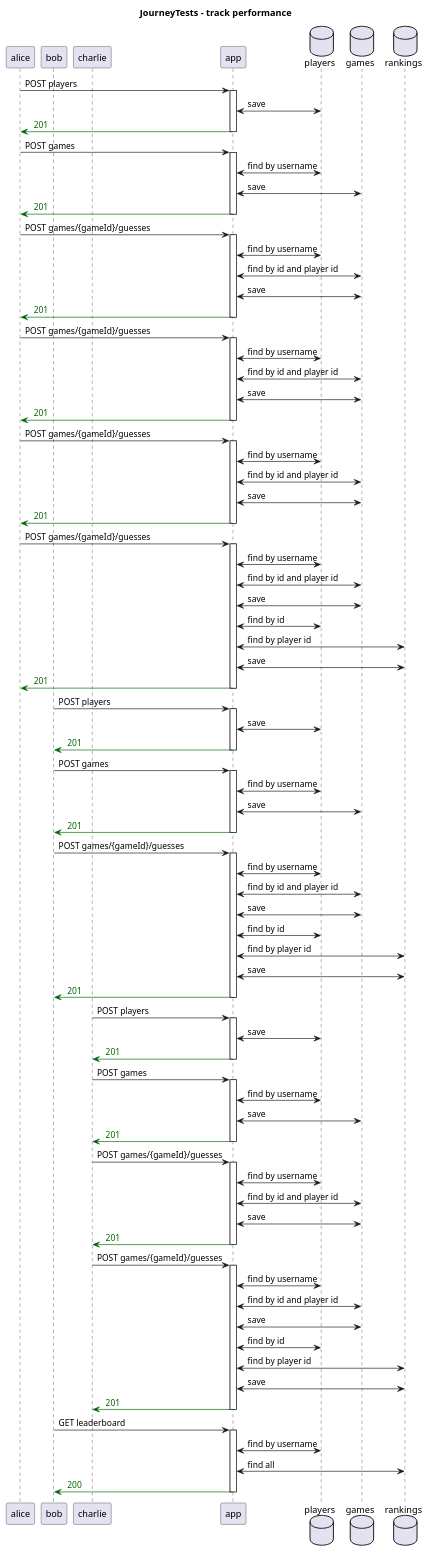
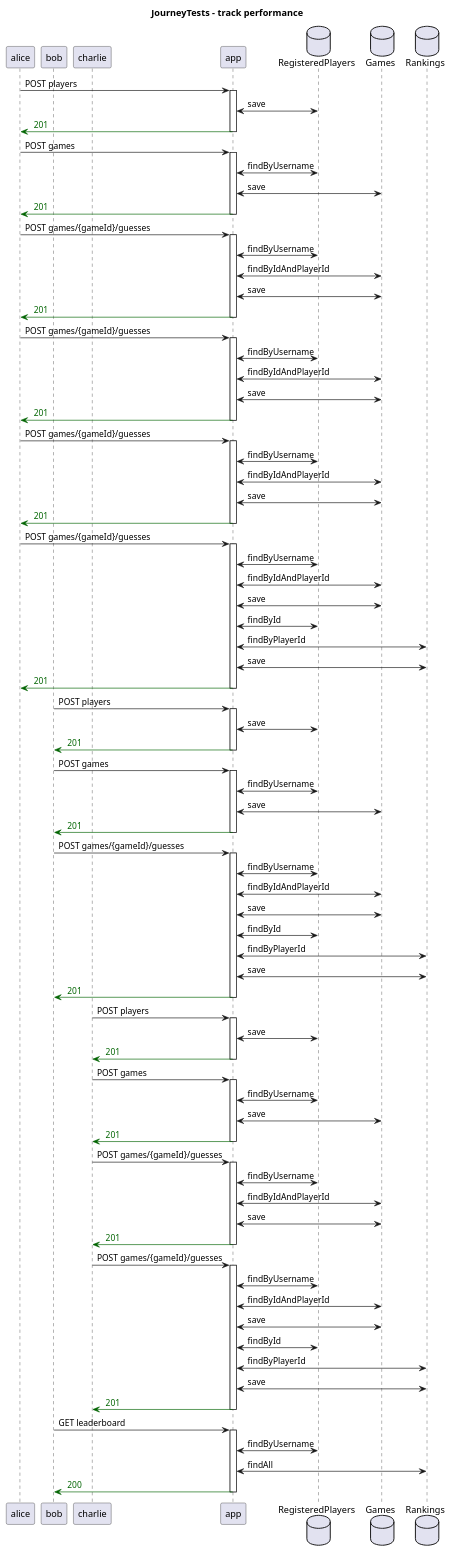
Before and after one commit to th3n3rd/http4k-playground: the diagram in docs/system/generated/JourneyTests - track performance - Sequence.puml, drawn with PlantUML. The commit also changed 15 other files, not shown here.

```diff
--- a/docs/system/generated/JourneyTests - track performance - Sequence.puml
+++ b/docs/system/generated/JourneyTests - track performance - Sequence.puml
@@ -1,107 +1,107 @@
 @startuml
 title JourneyTests - track performance
 participant "alice"
 participant "bob"
 participant "charlie"
 participant "app"
-database "players"
-database "games"
-database "rankings"
+database "RegisteredPlayers"
+database "Games"
+database "Rankings"
 "alice" -> "app": POST players
 activate "app"
-"app" <-> "players": save
+"app" <-> "RegisteredPlayers": save
 "app" -[#DarkGreen]> "alice": <color:DarkGreen> 201 
 deactivate "app"
 "alice" -> "app": POST games
 activate "app"
-"app" <-> "players": find by username
-"app" <-> "games": save
+"app" <-> "RegisteredPlayers": findByUsername
+"app" <-> "Games": save
 "app" -[#DarkGreen]> "alice": <color:DarkGreen> 201 
 deactivate "app"
 "alice" -> "app": POST games/{gameId}/guesses
 activate "app"
-"app" <-> "players": find by username
-"app" <-> "games": find by id and player id
-"app" <-> "games": save
+"app" <-> "RegisteredPlayers": findByUsername
+"app" <-> "Games": findByIdAndPlayerId
+"app" <-> "Games": save
 "app" -[#DarkGreen]> "alice": <color:DarkGreen> 201 
 deactivate "app"
 "alice" -> "app": POST games/{gameId}/guesses
 activate "app"
-"app" <-> "players": find by username
-"app" <-> "games": find by id and player id
-"app" <-> "games": save
+"app" <-> "RegisteredPlayers": findByUsername
+"app" <-> "Games": findByIdAndPlayerId
+"app" <-> "Games": save
 "app" -[#DarkGreen]> "alice": <color:DarkGreen> 201 
 deactivate "app"
 "alice" -> "app": POST games/{gameId}/guesses
 activate "app"
-"app" <-> "players": find by username
-"app" <-> "games": find by id and player id
-"app" <-> "games": save
+"app" <-> "RegisteredPlayers": findByUsername
+"app" <-> "Games": findByIdAndPlayerId
+"app" <-> "Games": save
 "app" -[#DarkGreen]> "alice": <color:DarkGreen> 201 
 deactivate "app"
 "alice" -> "app": POST games/{gameId}/guesses
 activate "app"
-"app" <-> "players": find by username
-"app" <-> "games": find by id and player id
-"app" <-> "games": save
-"app" <-> "players": find by id
-"app" <-> "rankings": find by player id
-"app" <-> "rankings": save
+"app" <-> "RegisteredPlayers": findByUsername
+"app" <-> "Games": findByIdAndPlayerId
+"app" <-> "Games": save
+"app" <-> "RegisteredPlayers": findById
+"app" <-> "Rankings": findByPlayerId
+"app" <-> "Rankings": save
 "app" -[#DarkGreen]> "alice": <color:DarkGreen> 201 
 deactivate "app"
 "bob" -> "app": POST players
 activate "app"
-"app" <-> "players": save
+"app" <-> "RegisteredPlayers": save
 "app" -[#DarkGreen]> "bob": <color:DarkGreen> 201 
 deactivate "app"
 "bob" -> "app": POST games
 activate "app"
-"app" <-> "players": find by username
-"app" <-> "games": save
+"app" <-> "RegisteredPlayers": findByUsername
+"app" <-> "Games": save
 "app" -[#DarkGreen]> "bob": <color:DarkGreen> 201 
 deactivate "app"
 "bob" -> "app": POST games/{gameId}/guesses
 activate "app"
-"app" <-> "players": find by username
-"app" <-> "games": find by id and player id
-"app" <-> "games": save
-"app" <-> "players": find by id
-"app" <-> "rankings": find by player id
-"app" <-> "rankings": save
+"app" <-> "RegisteredPlayers": findByUsername
+"app" <-> "Games": findByIdAndPlayerId
+"app" <-> "Games": save
+"app" <-> "RegisteredPlayers": findById
+"app" <-> "Rankings": findByPlayerId
+"app" <-> "Rankings": save
 "app" -[#DarkGreen]> "bob": <color:DarkGreen> 201 
 deactivate "app"
 "charlie" -> "app": POST players
 activate "app"
-"app" <-> "players": save
+"app" <-> "RegisteredPlayers": save
 "app" -[#DarkGreen]> "charlie": <color:DarkGreen> 201 
 deactivate "app"
 "charlie" -> "app": POST games
 activate "app"
-"app" <-> "players": find by username
-"app" <-> "games": save
+"app" <-> "RegisteredPlayers": findByUsername
+"app" <-> "Games": save
 "app" -[#DarkGreen]> "charlie": <color:DarkGreen> 201 
 deactivate "app"
 "charlie" -> "app": POST games/{gameId}/guesses
 activate "app"
-"app" <-> "players": find by username
-"app" <-> "games": find by id and player id
-"app" <-> "games": save
+"app" <-> "RegisteredPlayers": findByUsername
+"app" <-> "Games": findByIdAndPlayerId
+"app" <-> "Games": save
 "app" -[#DarkGreen]> "charlie": <color:DarkGreen> 201 
 deactivate "app"
 "charlie" -> "app": POST games/{gameId}/guesses
 activate "app"
-"app" <-> "players": find by username
-"app" <-> "games": find by id and player id
-"app" <-> "games": save
-"app" <-> "players": find by id
-"app" <-> "rankings": find by player id
-"app" <-> "rankings": save
+"app" <-> "RegisteredPlayers": findByUsername
+"app" <-> "Games": findByIdAndPlayerId
+"app" <-> "Games": save
+"app" <-> "RegisteredPlayers": findById
+"app" <-> "Rankings": findByPlayerId
+"app" <-> "Rankings": save
 "app" -[#DarkGreen]> "charlie": <color:DarkGreen> 201 
 deactivate "app"
 "bob" -> "app": GET leaderboard
 activate "app"
-"app" <-> "players": find by username
-"app" <-> "rankings": find all
+"app" <-> "RegisteredPlayers": findByUsername
+"app" <-> "Rankings": findAll
 "app" -[#DarkGreen]> "bob": <color:DarkGreen> 200 
 deactivate "app"
 @enduml
```
